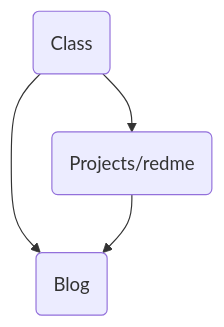
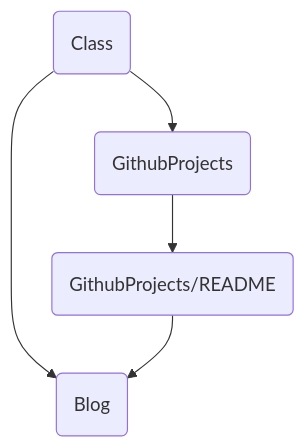
Before and after one commit to GodBlf/Class: the second of 3 diagrams in README.md, drawn with Mermaid. The commit also changed other lines of this file, not shown here.

````diff
--- a/README.md
+++ b/README.md
@@ -26,7 +31,9 @@
 ```mermaid
 graph TD
 A(Class)-->B(Blog)
-A-->C(Projects/redme)
-C-->B
+A-->C(GithubProjects)
+C-->D
+D(GithubProjects/README)-->B
+
 
 ```
````
